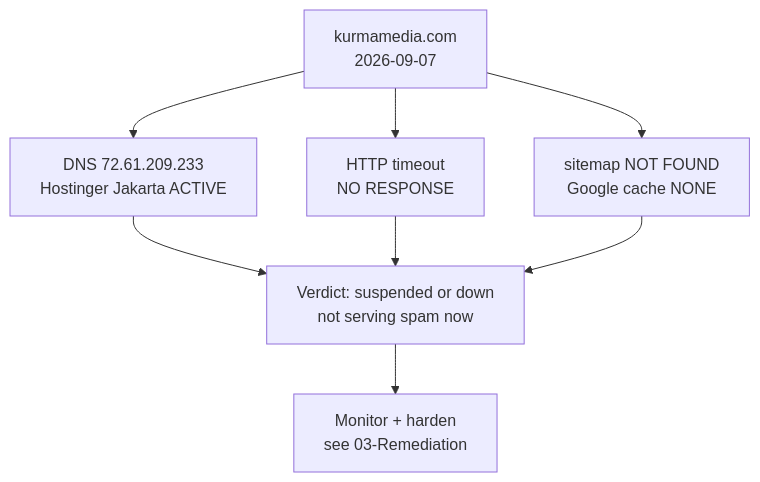
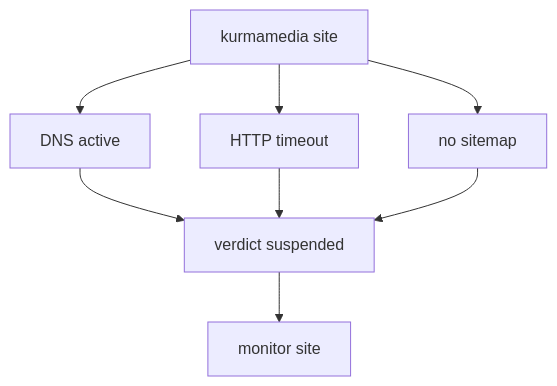
Before and after one commit to 444Nazky/My-Vault: diagram 16 of 32 in Graph-Web-Atlas.md, drawn with Mermaid. The commit also changed other lines of this file and 8 other files, not shown here.

````diff
--- a/Graph-Web-Atlas.md
+++ b/Graph-Web-Atlas.md
@@ -256,10 +295,10 @@
 ```mermaid
 graph TD
-    T[kurmamedia.com<br/>2026-09-07] --> DNS[DNS 72.61.209.233<br/>Hostinger Jakarta ACTIVE]
-    T --> HTTP[HTTP timeout<br/>NO RESPONSE]
-    T --> MAP[sitemap NOT FOUND<br/>Google cache NONE]
-    DNS --> V[Verdict: suspended or down<br/>not serving spam now]
+    T["kurmamedia site"] --> DNS["DNS active"]
+    T --> HTTP["HTTP timeout"]
+    T --> MAP["no sitemap"]
+    DNS --> V["verdict suspended"]
     HTTP --> V
     MAP --> V
-    V --> N[Monitor + harden<br/>see 03-Remediation]
+    V --> N["monitor site"]
 ```
````
